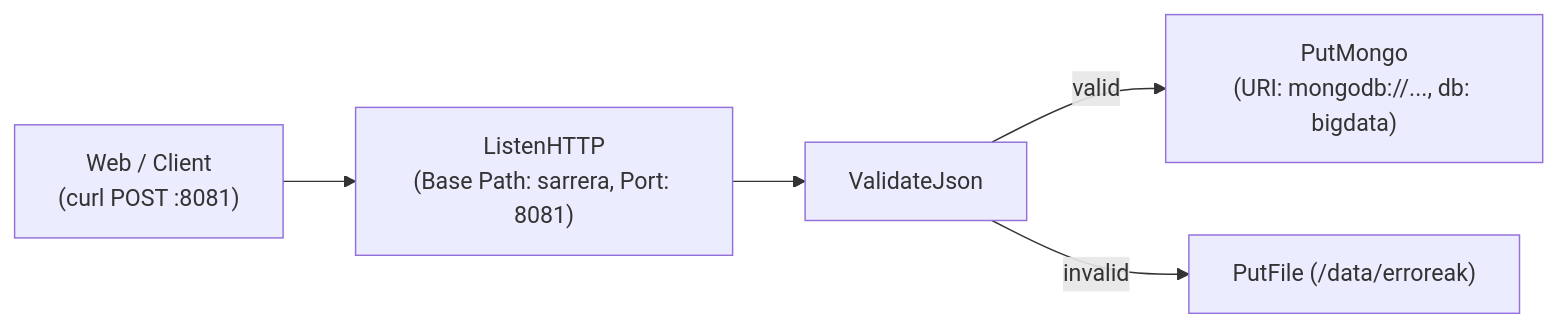
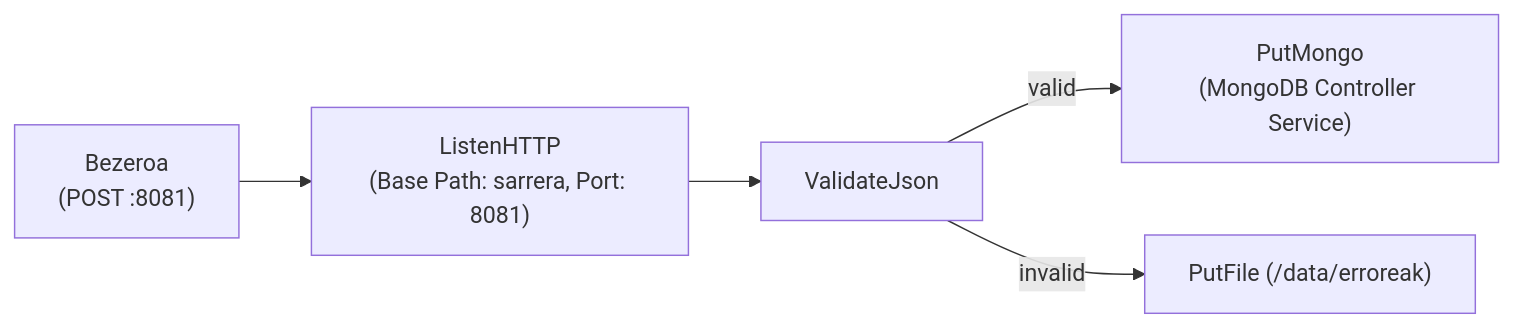
Before and after one commit to tears-mysthrala/aabd-bigdata: the fourth of 4 diagrams in 06_NiFi/soluzioak/01_Kasu_Praktikoak_1_2_3_4_Gida_Ebazpena.md, drawn with Mermaid. The commit also changed other lines of this file and 104 other files, not shown here.

````diff
--- a/06_NiFi/soluzioak/01_Kasu_Praktikoak_1_2_3_4_Gida_Ebazpena.md
+++ b/06_NiFi/soluzioak/01_Kasu_Praktikoak_1_2_3_4_Gida_Ebazpena.md
@@ -111,7 +116,7 @@
 ```mermaid
 flowchart LR
-    A["Web / Client<br/>(curl POST :8081)"] --> B["ListenHTTP<br/>(Base Path: sarrera, Port: 8081)"]
+    A["Bezeroa<br/>(POST :8081)"] --> B["ListenHTTP<br/>(Base Path: sarrera, Port: 8081)"]
     B --> C["ValidateJson"]
-    C -- "valid" --> D["PutMongo<br/>(URI: mongodb://..., db: bigdata)"]
+    C -- "valid" --> D["PutMongo<br/>(MongoDB Controller Service)"]
     C -- "invalid" --> E["PutFile (/data/erroreak)"]
 ```
````
